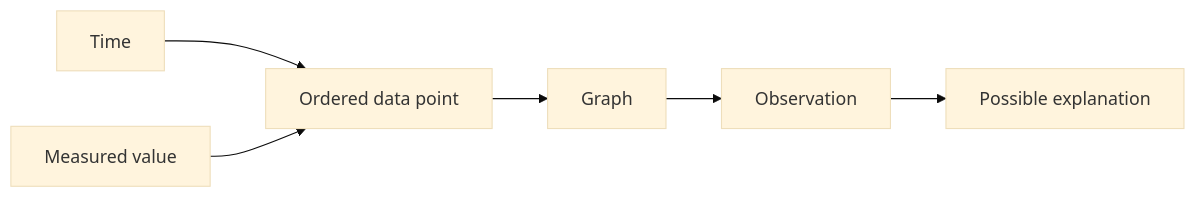
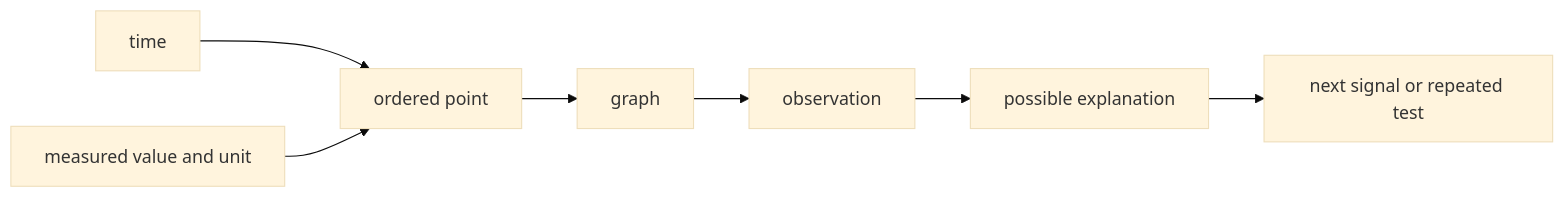
One commit to ARES-23247/ARESWEB changed the diagram in content/learning/middle-school-stem/02-read-telemetry-graph.md. Above: the diagram before and after it, drawn with Mermaid (base theme). The commit also changed other lines of this file and 47 other files, not shown here.

````diff
--- a/content/learning/middle-school-stem/02-read-telemetry-graph.md
+++ b/content/learning/middle-school-stem/02-read-telemetry-graph.md
@@ -13,9 +43,10 @@
 ```mermaid
-%% aria: A measured value and timestamp become an ordered data point. Ordered points form a graph. Students observe the graph before explaining it.
+%% aria: A clock and measured signal form ordered data. Students label axes, report a visible pattern, propose a cause, and name the next evidence needed.
 flowchart LR
-  A["Time"] --> C["Ordered data point"]
-  B["Measured value"] --> C
-  C --> D["Graph"]
-  D --> E["Observation"]
-  E --> F["Possible explanation"]
+  A["time"] --> C["ordered point"]
+  B["measured value and unit"] --> C
+  C --> D["graph"]
+  D --> E["observation"]
+  E --> F["possible explanation"]
+  F --> G["next signal or repeated test"]
 ```
````
